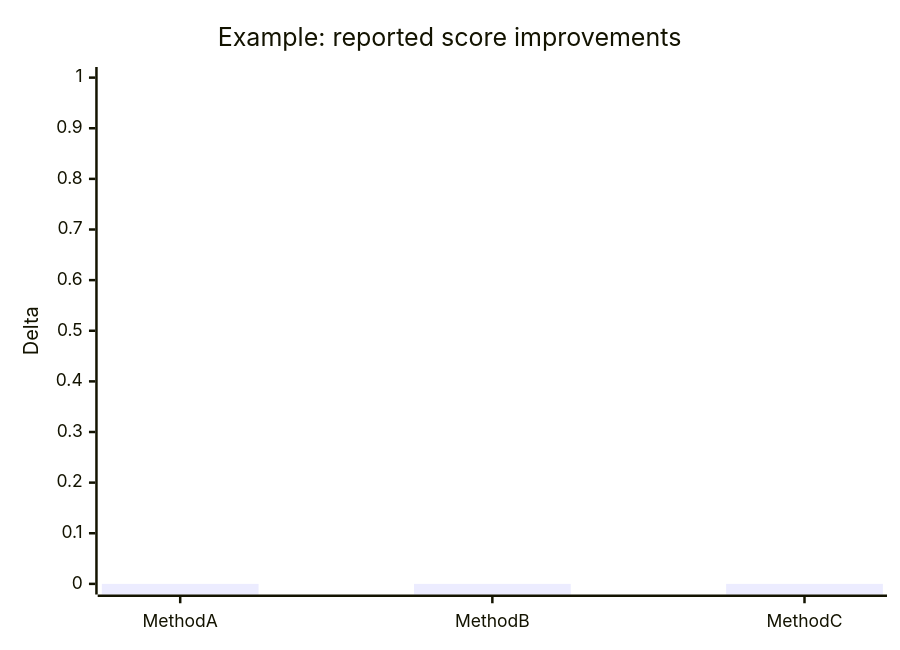
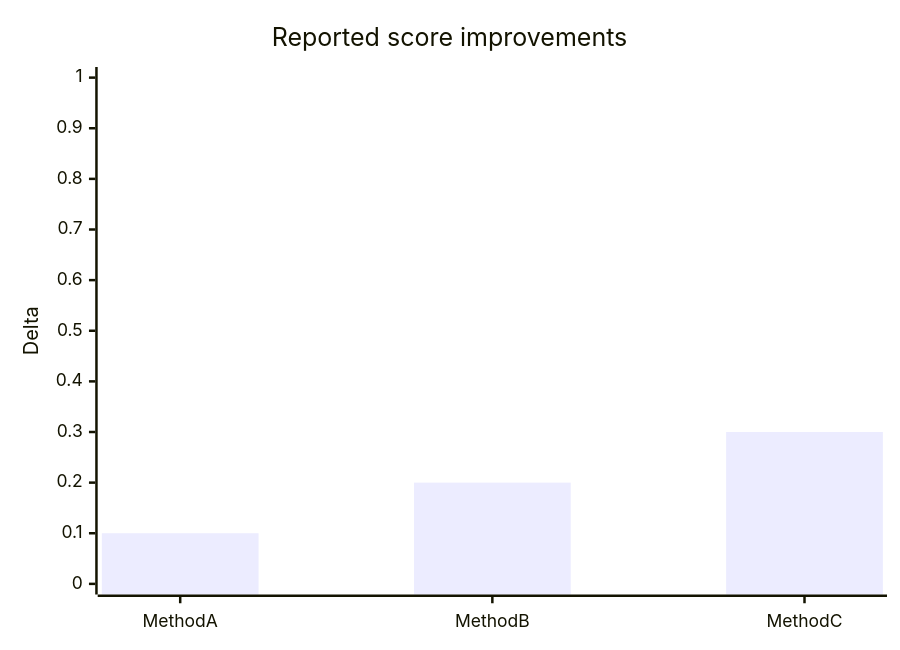
The third of 3 diagrams in .agents/skills/kaggle-research/references/wiki-template.md (morikazu1119/Kagglecture), drawn with Mermaid before and after one commit. The commit also changed other lines of this file, not shown here.

````diff
--- a/.agents/skills/kaggle-research/references/wiki-template.md
+++ b/.agents/skills/kaggle-research/references/wiki-template.md
@@ -108,7 +114,7 @@
 ```mermaid
 xychart-beta
-    title "Example: reported score improvements"
+    title "Reported score improvements"
     x-axis [MethodA, MethodB, MethodC]
     y-axis "Delta" 0 --> 1
-    bar [0.0, 0.0, 0.0]
+    bar [0.1, 0.2, 0.3]
 ```
````
